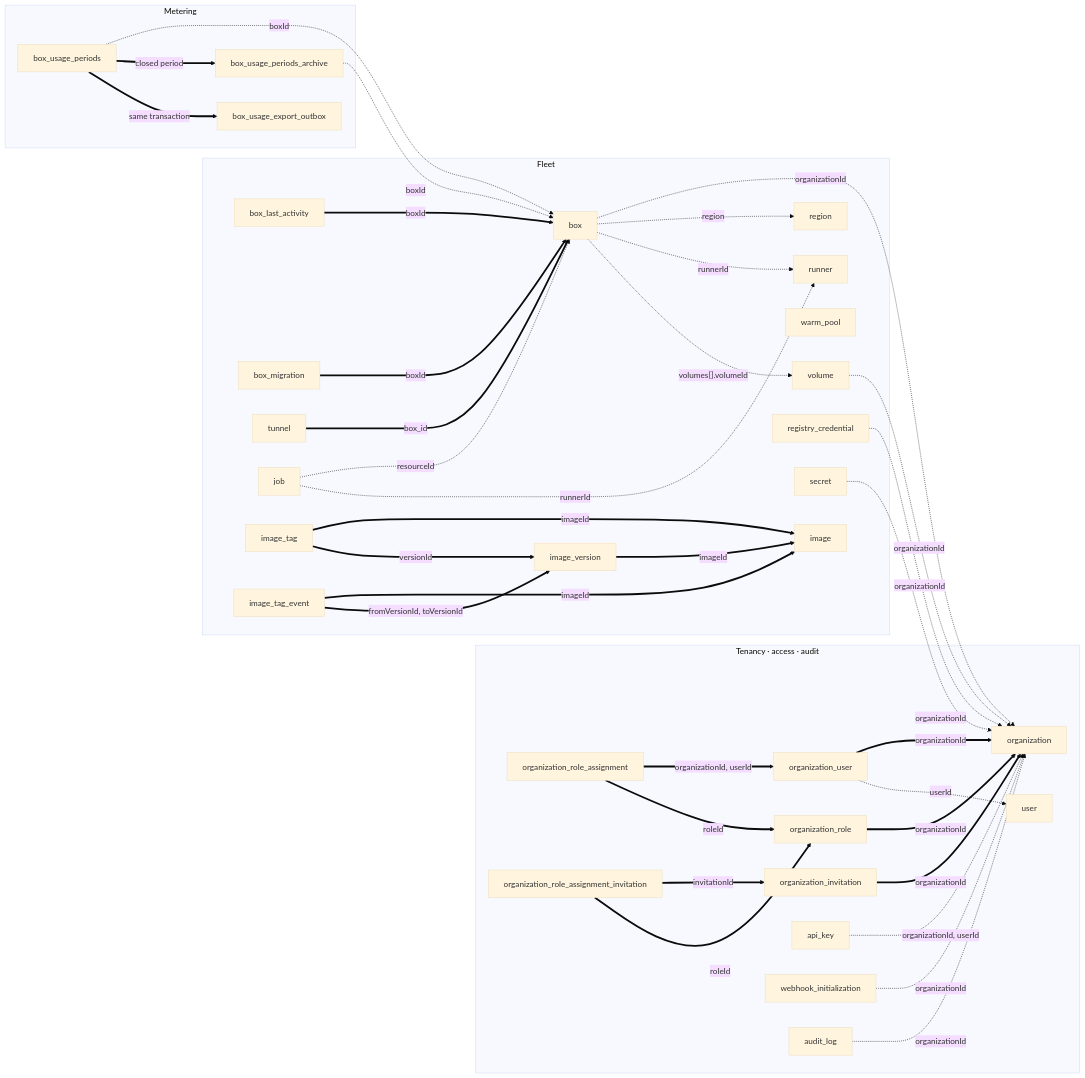
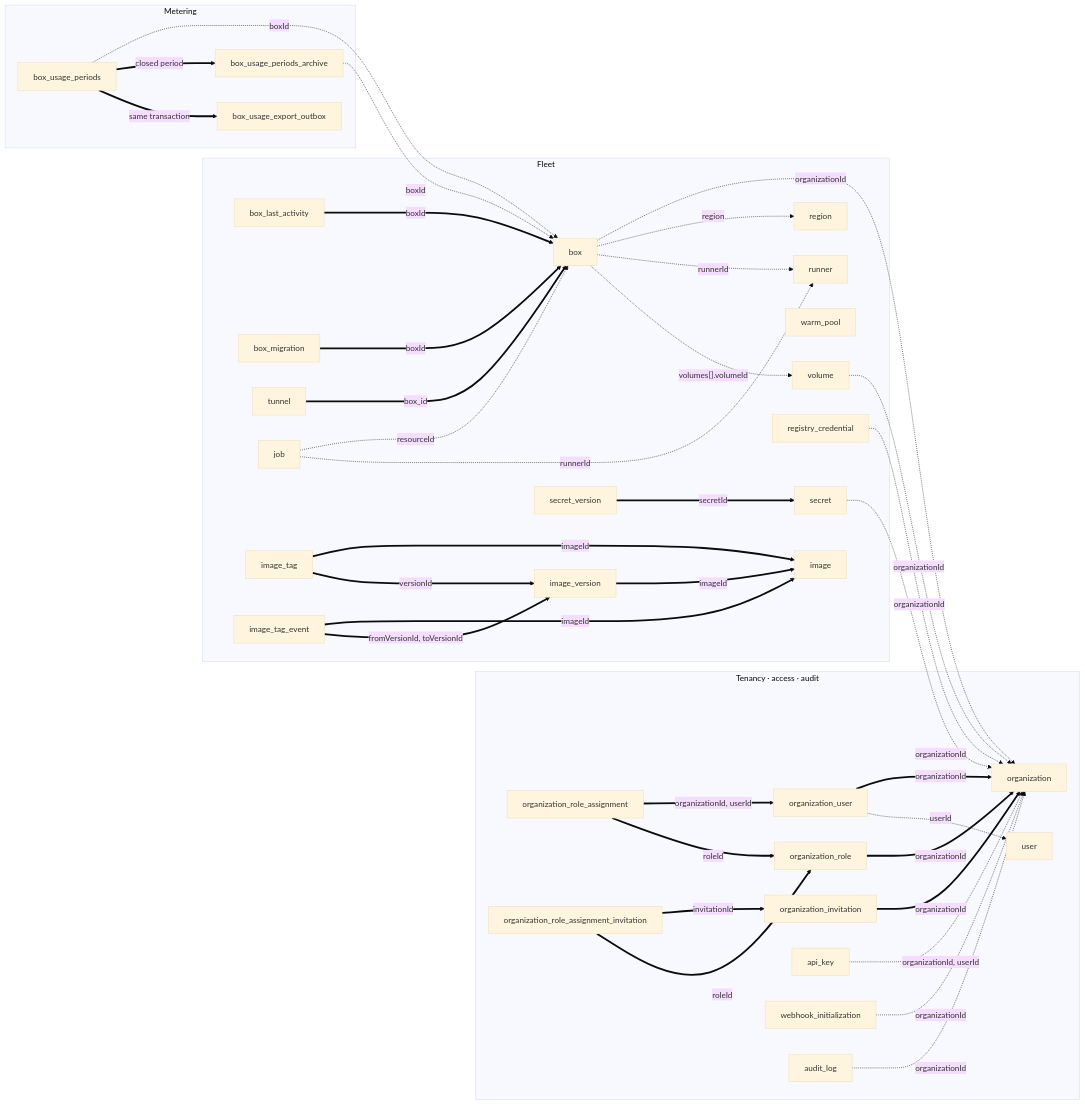
One commit to Monsteer714/boxlite-learning changed the diagram in apps/SCHEMA.md. Above: the diagram before and after it, drawn with Mermaid (base theme). The commit also changed other lines of this file and 7 other files, not shown here.

First line of the commit message:
feat(api): keep every value of a stored secret as a version

````diff
--- a/apps/SCHEMA.md
+++ b/apps/SCHEMA.md
@@ -34,73 +34,75 @@
 ```mermaid
 flowchart LR
     subgraph tenancy["Tenancy · access · audit"]
         t_org["organization"]
         t_orguser["organization_user"]
         t_role["organization_role"]
         t_invite["organization_invitation"]
         t_assign["organization_role_assignment"]
         t_assigninv["organization_role_assignment_invitation"]
         t_user["user"]
         t_apikey["api_key"]
         t_webhook["webhook_initialization"]
         t_audit["audit_log"]
     end
 
     subgraph fleet["Fleet"]
         t_box["box"]
         t_activity["box_last_activity"]
         t_migration["box_migration"]
         t_tunnel["tunnel"]
         t_runner["runner"]
         t_region["region"]
         t_volume["volume"]
         t_job["job"]
         t_warm["warm_pool"]
         t_image["image"]
         t_imgver["image_version"]
         t_imgtag["image_tag"]
         t_imgevent["image_tag_event"]
         t_regcred["registry_credential"]
         t_secret["secret"]
+        t_secretver["secret_version"]
     end
 
     subgraph metering["Metering"]
         t_period["box_usage_periods"]
         t_archive["box_usage_periods_archive"]
         t_outbox["box_usage_export_outbox"]
     end
 
     t_orguser ==>|"organizationId"| t_org
     t_role ==>|"organizationId"| t_org
     t_invite ==>|"organizationId"| t_org
     t_assign ==>|"organizationId, userId"| t_orguser
     t_assign ==>|"roleId"| t_role
     t_assigninv ==>|"invitationId"| t_invite
     t_assigninv ==>|"roleId"| t_role
     t_activity ==>|"boxId"| t_box
     t_migration ==>|"boxId"| t_box
     t_tunnel ==>|"box_id"| t_box
     t_imgver ==>|"imageId"| t_image
     t_imgtag ==>|"imageId"| t_image
     t_imgtag ==>|"versionId"| t_imgver
     t_imgevent ==>|"imageId"| t_image
     t_imgevent ==>|"fromVersionId, toVersionId"| t_imgver
 
     t_orguser -.->|"userId"| t_user
     t_apikey -.->|"organizationId, userId"| t_org
     t_webhook -.->|"organizationId"| t_org
     t_audit -.->|"organizationId"| t_org
     t_box -.->|"organizationId"| t_org
     t_box -.->|"region"| t_region
     t_box -.->|"runnerId"| t_runner
     t_box -.->|"volumes[].volumeId"| t_volume
     t_volume -.->|"organizationId"| t_org
     t_regcred -.->|"organizationId"| t_org
     t_secret -.->|"organizationId"| t_org
+    t_secretver ==>|"secretId"| t_secret
     t_job -.->|"resourceId"| t_box
     t_job -.->|"runnerId"| t_runner
     t_period -.->|"boxId"| t_box
     t_archive -.->|"boxId"| t_box
     t_period ==>|"closed period"| t_archive
     t_period ==>|"same transaction"| t_outbox
 ```
````
